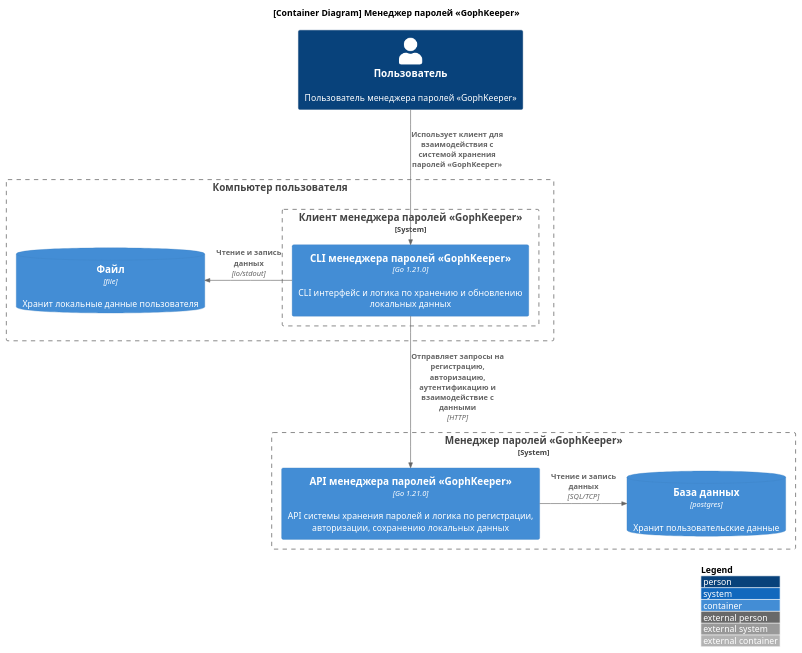
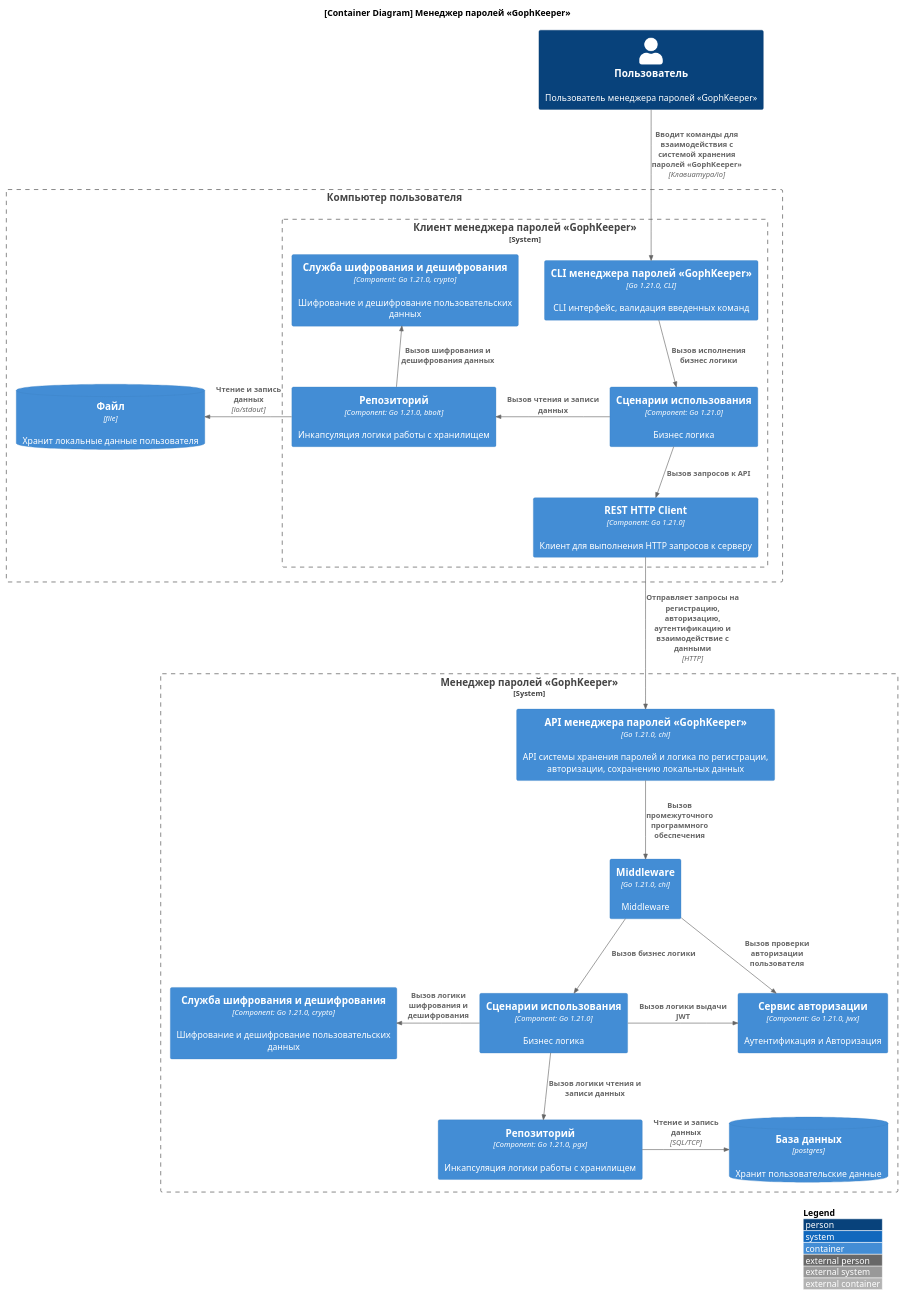
One commit to Nickolasll/GophKeeper changed the diagram in docs/arc42/5. Building Block View/5.1 Container/5.1 Container.puml. Above: the diagram before and after it, drawn with PlantUML. The commit also changed 83 other files, not shown here.

```diff
--- a/docs/arc42/5. Building Block View/5.1 Container/5.1 Container.puml
+++ b/docs/arc42/5. Building Block View/5.1 Container/5.1 Container.puml
@@ -1,31 +1,51 @@
 @startuml
 !include https://raw.githubusercontent.com/plantuml-stdlib/C4-PlantUML/master/C4_Container.puml
 
 skinparam wrapWidth 400
 LAYOUT_WITH_LEGEND()
 
 title
     <b>[Container Diagram] Менеджер паролей «GophKeeper»</b>
 end title
 
 Person(user, "Пользователь", "Пользователь менеджера паролей «GophKeeper»")
 
 Boundary(pc, "Компьютер пользователя") {
+
     System_Boundary(client, "Клиент менеджера паролей «GophKeeper»", "Клиентская часть системы безопасного хранения паролей") {
-        Container(client_cli, "CLI менеджера паролей «GophKeeper»", "Go 1.21.0", "CLI интерфейс и логика по хранению и обновлению локальных данных")
+        Container(client_cli, "CLI менеджера паролей «GophKeeper»", "Go 1.21.0, CLI", "CLI интерфейс, валидация введенных команд")
+        Container(client_crypto, "Служба шифрования и дешифрования", "Component: Go 1.21.0, crypto", "Шифрование и дешифрование пользовательских данных")
+        Container(http_client, "REST HTTP Client", "Component: Go 1.21.0", "Клиент для выполнения HTTP запросов к серверу")
+        Container(client_use_cases, "Сценарии использования", "Component: Go 1.21.0", "Бизнес логика")
+        Container(client_repository, "Репозиторий", "Component: Go 1.21.0, bbolt", "Инкапсуляция логики работы с хранилищем")
     }
     ContainerDb(client_db, "Файл", "file", "Хранит локальные данные пользователя")
-
-    Rel_Right(client_cli, client_db, "Чтение и запись данных", "io/stdout")
+    
+    Rel(client_cli, client_use_cases, "Вызов исполнения бизнес логики")
+    Rel_Left(client_repository, client_db, "Чтение и запись данных", "io/stdout")
+    Rel_Left(client_use_cases, client_repository, "Вызов чтения и записи данных")
+    Rel_Up(client_repository, client_crypto, "Вызов шифрования и дешифрования данных")
+    Rel_Down(client_use_cases, http_client, "Вызов запросов к API")
 }
 
 System_Boundary(server, "Менеджер паролей «GophKeeper»", "Серверная часть системы безопасного хранения паролей") {
-    Container(server_api, "API менеджера паролей «GophKeeper»", "Go 1.21.0", "API системы хранения паролей и логика по регистрации, авторизации, сохранению локальных данных")
+    Container(server_api, "API менеджера паролей «GophKeeper»", "Go 1.21.0, chi", "API системы хранения паролей и логика по регистрации, авторизации, сохранению локальных данных")
     ContainerDb(server_db, "База данных", "postgres", "Хранит пользовательские данные")
+    Container(middleware, "Middleware", "Go 1.21.0, chi", "Middleware")
+    Container(crypto, "Служба шифрования и дешифрования", "Component: Go 1.21.0, crypto", "Шифрование и дешифрование пользовательских данных")
+    Container(use_cases, "Сценарии использования", "Component: Go 1.21.0", "Бизнес логика")
+    Container(repository, "Репозиторий", "Component: Go 1.21.0, pgx", "Инкапсуляция логики работы с хранилищем")
+    Container(auth, "Сервис авторизации", "Component: Go 1.21.0, jwx", "Аутентификация и Авторизация")
 
-    Rel_Right(server_api, server_db, "Чтение и запись данных", "SQL/TCP")
+    Rel_Right(repository, server_db, "Чтение и запись данных", "SQL/TCP")
+    Rel_Down(server_api, middleware, "Вызов промежуточного программного обеспечения")
+    Rel_Down(middleware, use_cases, "Вызов бизнес логики")
+    Rel_Down(use_cases, repository, "Вызов логики чтения и записи данных")
+    Rel(middleware, auth, "Вызов проверки авторизации пользователя")
+    Rel_Right(use_cases, auth, "Вызов логики выдачи JWT")
+    Rel_Left(use_cases, crypto, "Вызов логики шифрования и дешифрования")
 }
 
-Rel(user, client_cli, "Использует клиент для взаимодействия с системой хранения паролей «GophKeeper»")
-Rel_Down(client_cli, server_api, "Отправляет запросы на регистрацию, авторизацию, аутентификацию и взаимодействие с данными", "HTTP")
+Rel(user, client_cli, "Вводит команды для взаимодействия с системой хранения паролей «GophKeeper»", "Клавиатура/io")
+Rel_Down(http_client, server_api, "Отправляет запросы на регистрацию, авторизацию, аутентификацию и взаимодействие с данными", "HTTP")
 @enduml
```
